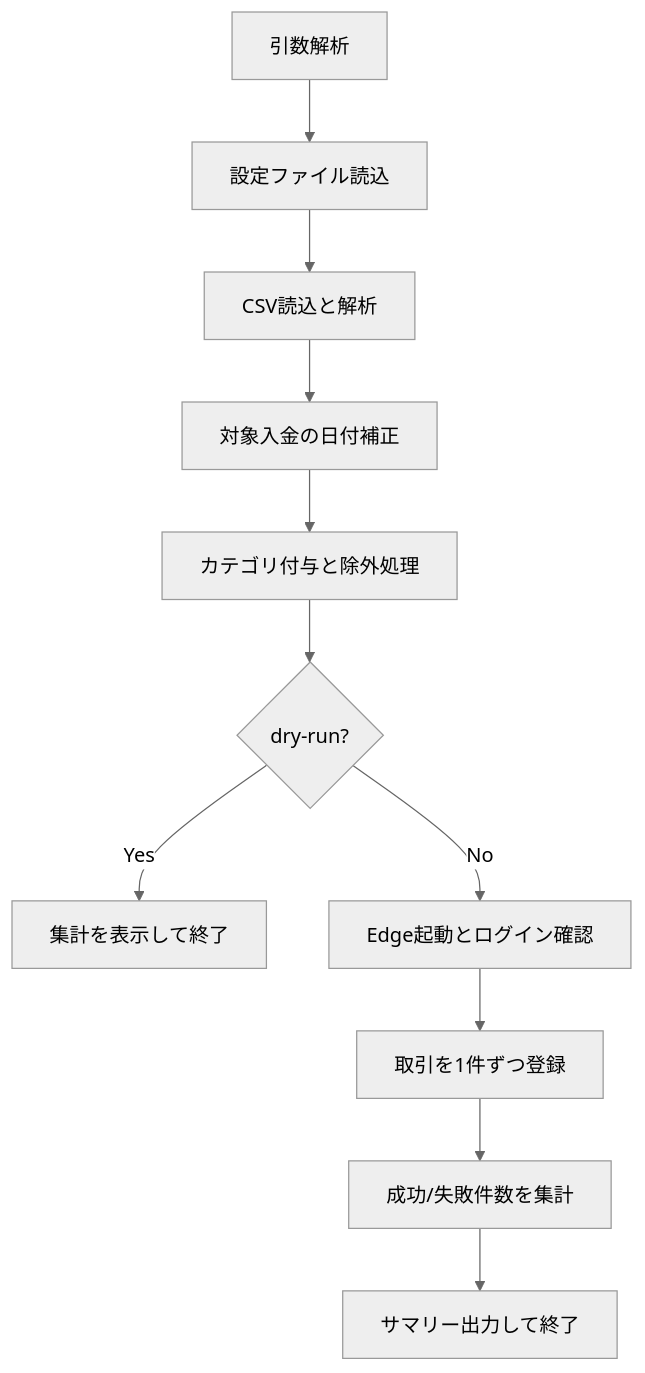
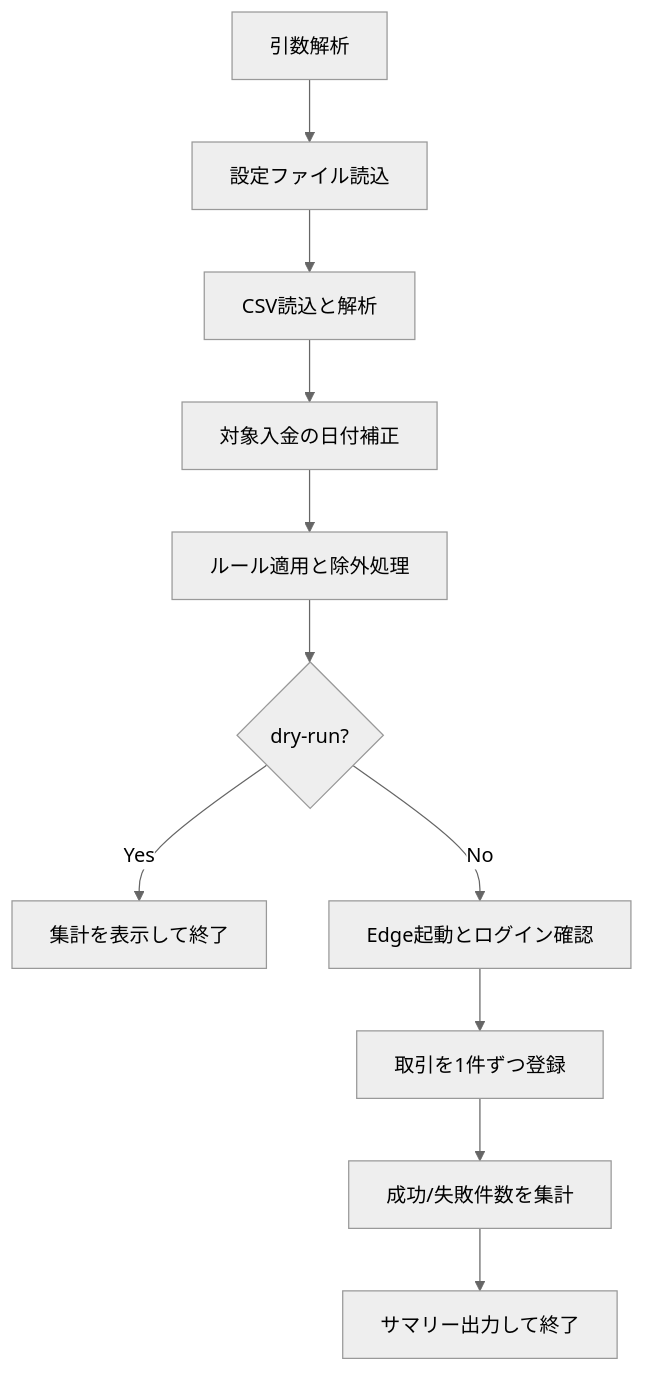
One commit to Shinoryo/PayPay2MFJS changed the diagram in README.md. Above: the diagram before and after it, drawn with Mermaid (neutral theme). The commit also changed other lines of this file and 7 other files, not shown here.

````diff
--- a/README.md
+++ b/README.md
@@ -214,13 +253,13 @@
 ```mermaid
 flowchart TD
         A[引数解析] --> B[設定ファイル読込]
         B --> C[CSV読込と解析]
     C --> D[対象入金の日付補正]
-    D --> E[カテゴリ付与と除外処理]
+    D --> E[ルール適用と除外処理]
     E --> F{dry-run?}
     F -->|Yes| G[集計を表示して終了]
     F -->|No| H[Edge起動とログイン確認]
     H --> I[取引を1件ずつ登録]
     I --> J[成功/失敗件数を集計]
     J --> K[サマリー出力して終了]
 ```
````
